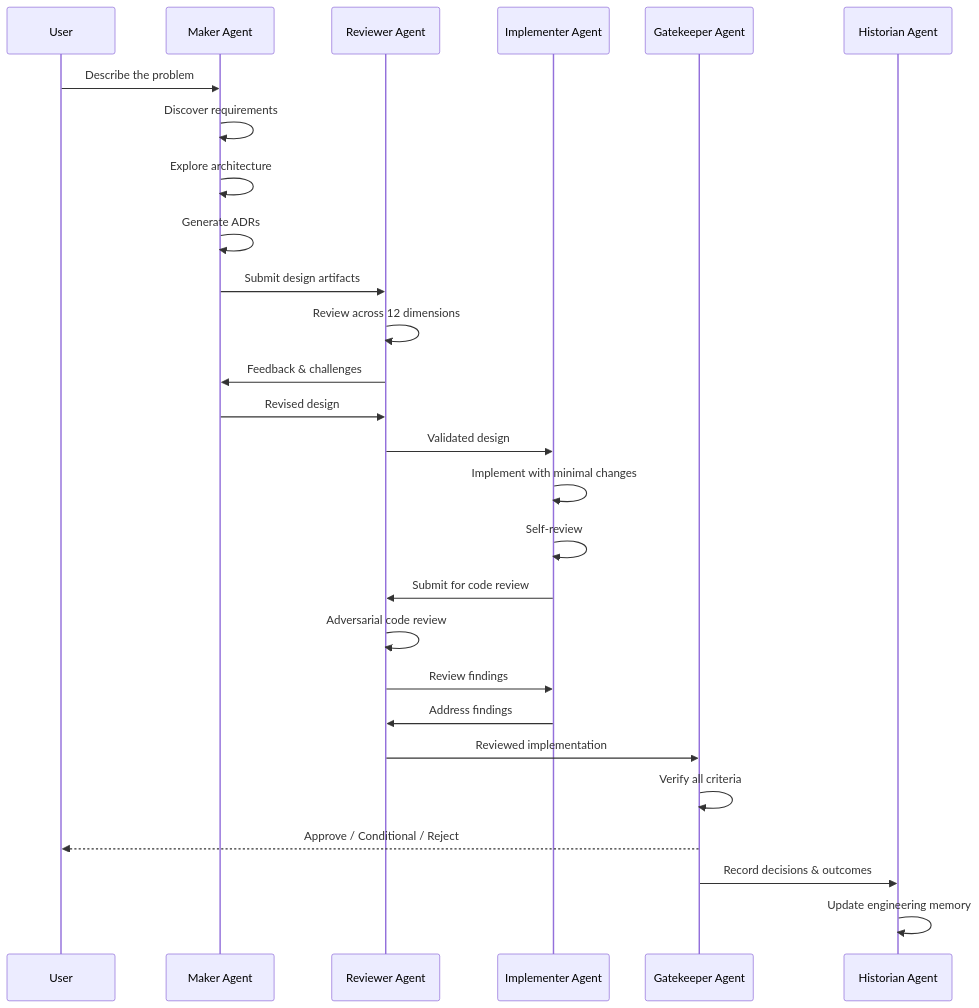
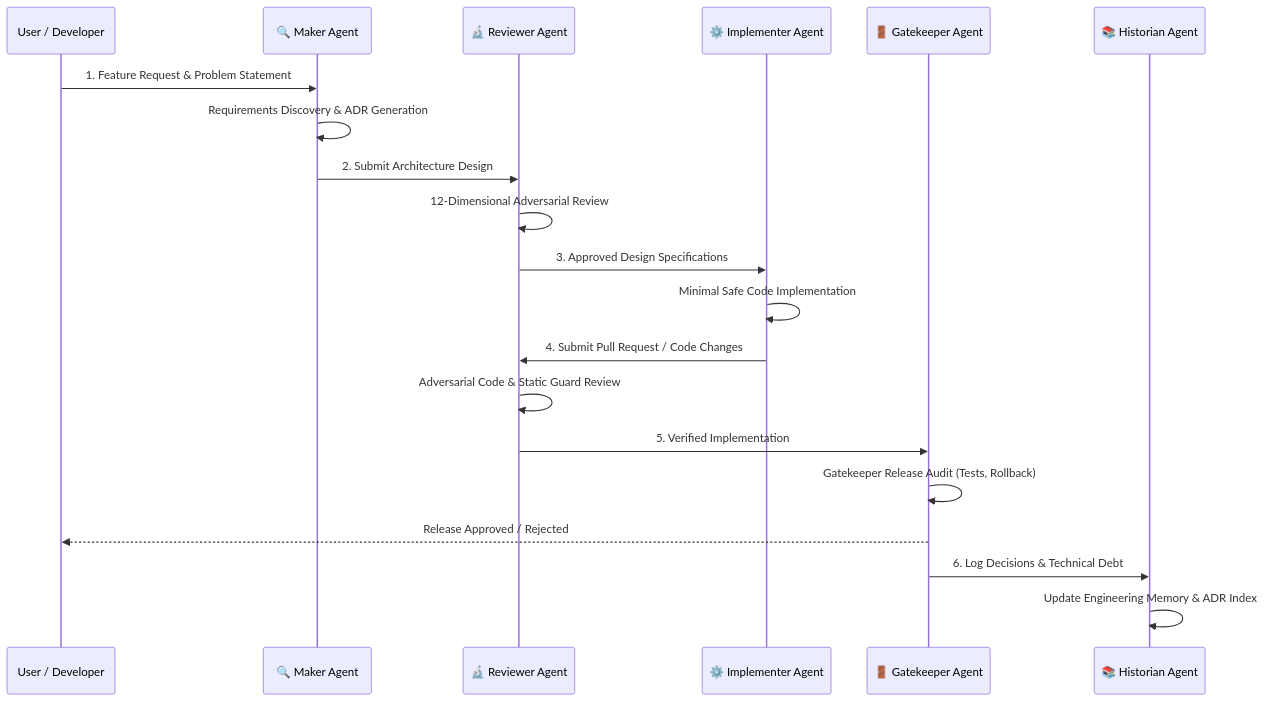
The second of 2 diagrams in README.md (paril-01/PolyFlow), drawn with Mermaid before and after one commit. The commit also changed other lines of this file and 13 other files, not shown here.

````diff
--- a/README.md
+++ b/README.md
@@ -197,35 +340,23 @@
 ```mermaid
 sequenceDiagram
-    participant U as User
-    participant M as Maker Agent
-    participant R as Reviewer Agent
-    participant I as Implementer Agent
-    participant G as Gatekeeper Agent
-    participant H as Historian Agent
+    participant U as User / Developer
+    participant M as 🔍 Maker Agent
+    participant R as 🔬 Reviewer Agent
+    participant I as ⚙️ Implementer Agent
+    participant G as 🚪 Gatekeeper Agent
+    participant H as 📚 Historian Agent
 
-    U->>M: Describe the problem
-    M->>M: Discover requirements
-    M->>M: Explore architecture
-    M->>M: Generate ADRs
-    M->>R: Submit design artifacts
-
-    R->>R: Review across 12 dimensions
-    R->>M: Feedback & challenges
-    M->>R: Revised design
-
-    R->>I: Validated design
-    I->>I: Implement with minimal changes
-    I->>I: Self-review
-    I->>R: Submit for code review
-
-    R->>R: Adversarial code review
-    R->>I: Review findings
-    I->>R: Address findings
-
-    R->>G: Reviewed implementation
-    G->>G: Verify all criteria
-    G-->>U: Approve / Conditional / Reject
-
-    G->>H: Record decisions & outcomes
-    H->>H: Update engineering memory
+    U->>M: 1. Feature Request & Problem Statement
+    M->>M: Requirements Discovery & ADR Generation
+    M->>R: 2. Submit Architecture Design
+    R->>R: 12-Dimensional Adversarial Review
+    R->>I: 3. Approved Design Specifications
+    I->>I: Minimal Safe Code Implementation
+    I->>R: 4. Submit Pull Request / Code Changes
+    R->>R: Adversarial Code & Static Guard Review
+    R->>G: 5. Verified Implementation
+    G->>G: Gatekeeper Release Audit (Tests, Rollback)
+    G-->>U: Release Approved / Rejected
+    G->>H: 6. Log Decisions & Technical Debt
+    H->>H: Update Engineering Memory & ADR Index
 ```
````
